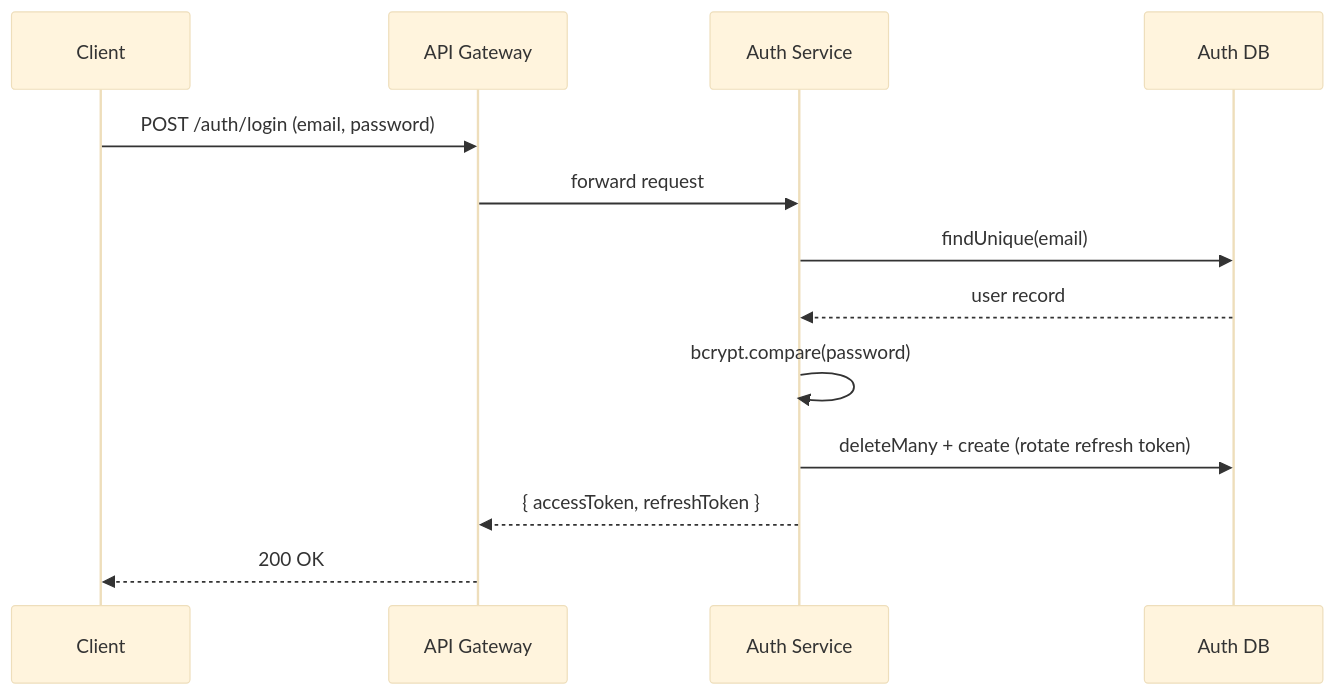
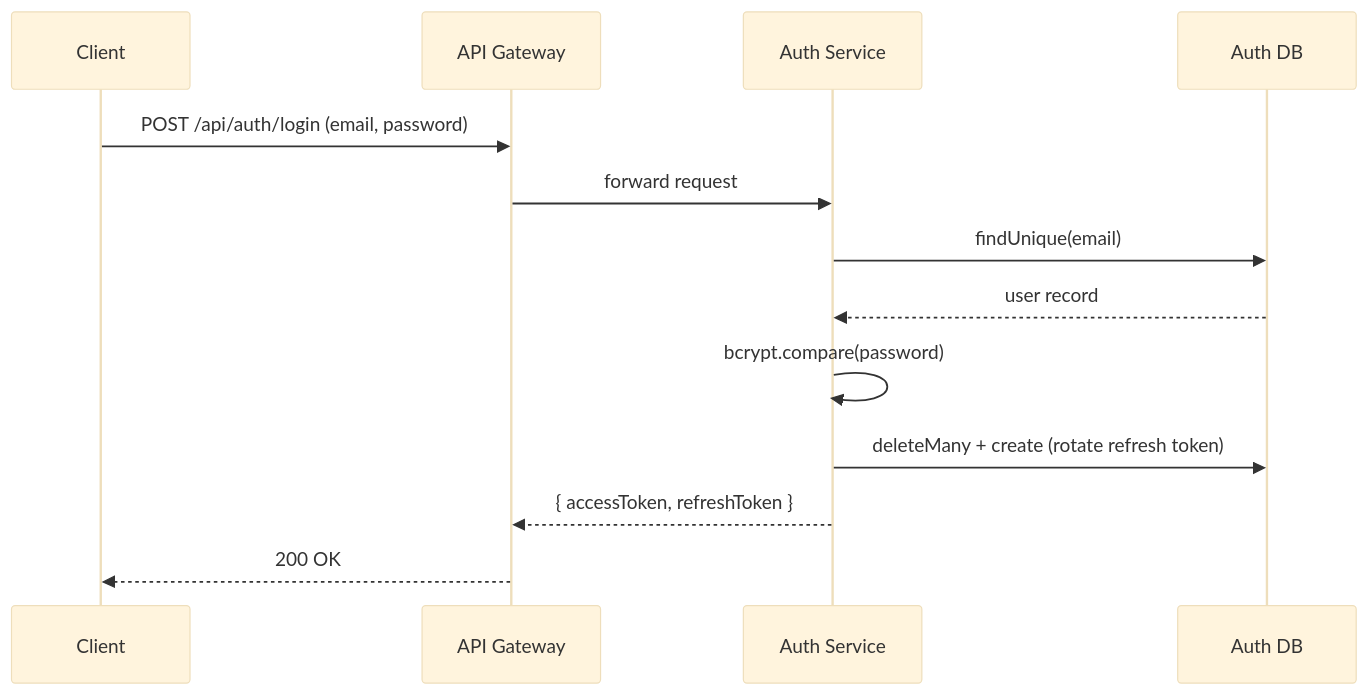
One commit to jackytech111/NoteFlow changed the sixth of 7 diagrams in README.md. Above: the diagram before and after it, drawn with Mermaid (base theme). The commit also changed other lines of this file, not shown here.

Commit message:
docs: fix service directory names, update testing/CI docs, sync roadmap

````diff
--- a/README.md
+++ b/README.md
@@ -161,16 +164,16 @@
 ```mermaid
 sequenceDiagram
     participant C as Client
     participant G as API Gateway
     participant A as Auth Service
     participant DB as Auth DB
 
-    C->>G: POST /auth/login (email, password)
+    C->>G: POST /api/auth/login (email, password)
     G->>A: forward request
     A->>DB: findUnique(email)
     DB-->>A: user record
     A->>A: bcrypt.compare(password)
     A->>DB: deleteMany + create (rotate refresh token)
     A-->>G: { accessToken, refreshToken }
     G-->>C: 200 OK
 ```
````
